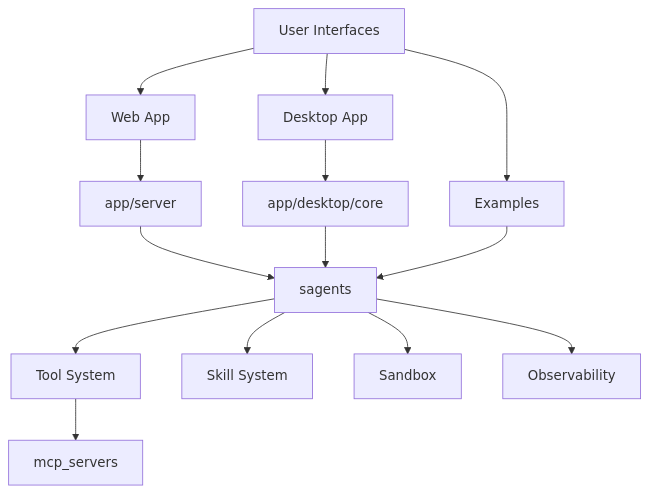
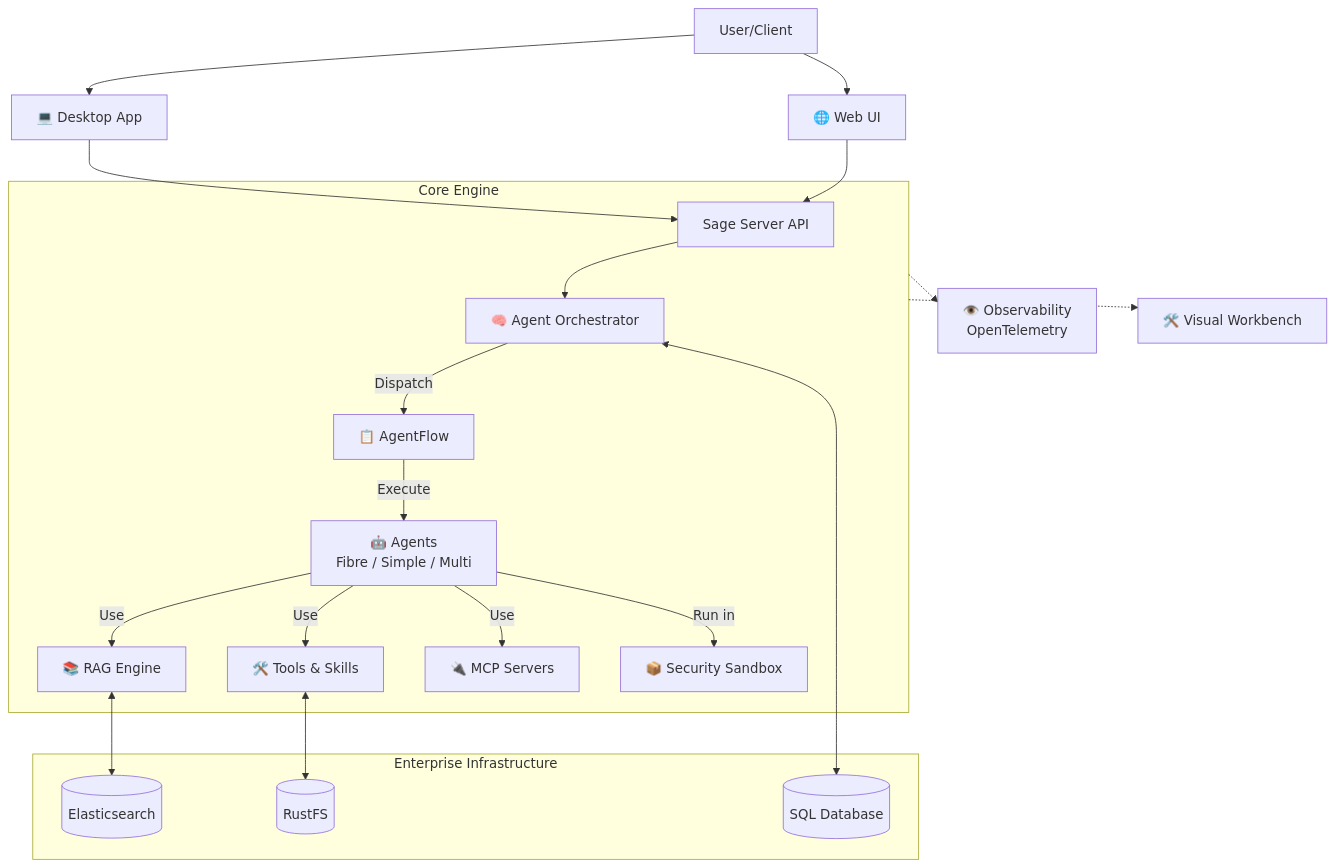
The diagram in README.md (ZHangZHengEric/Sage), drawn with Mermaid before and after one commit. The commit also changed other lines of this file and 1 other file, not shown here.

````diff
--- a/README.md
+++ b/README.md
@@ -169,16 +149,26 @@
 ```mermaid
-flowchart TD
-    User[User Interfaces] --> Web[Web App]
-    User --> Desktop[Desktop App]
-    User --> Examples[Examples]
-    Web --> Server[app/server]
-    Desktop --> DesktopCore[app/desktop/core]
-    Server --> Runtime[sagents]
-    DesktopCore --> Runtime
-    Examples --> Runtime
-    Runtime --> Tools[Tool System]
-    Runtime --> Skills[Skill System]
-    Runtime --> Sandbox[Sandbox]
-    Runtime --> Obs[Observability]
-    Tools --> MCP[mcp_servers]
+graph TD
+    User[User/Client] --> Desktop[💻 Desktop App]
+    User --> Web[🌐 Web UI]
+    Desktop --> API[Sage Server API]
+    Web --> API
+    
+    subgraph Core[Core Engine]
+        API --> Orch[🧠 Agent Orchestrator]
+        Orch -- "Dispatch" --> Flow[📋 AgentFlow]
+        Flow -- "Execute" --> Agents["🤖 Agents<br/>Fibre / Simple / Multi"]
+        Agents -- "Use" --> RAG[📚 RAG Engine]
+        Agents -- "Use" --> Tools[🛠️ Tools & Skills]
+        Agents -- "Use" --> MCP[🔌 MCP Servers]
+        Agents -- "Run in" --> Box[📦 Security Sandbox]
+    end
+
+    subgraph Infra[Enterprise Infrastructure]
+        RAG <--> ES[(Elasticsearch)]
+        Tools <--> RustFS[(RustFS)]
+        Orch <--> DB[(SQL Database)]
+    end
+    
+    Core -.-> Obs["👁️ Observability<br/>OpenTelemetry"]
+    Core -.-> Workbench["🛠️ Visual Workbench"]
 ```
````
